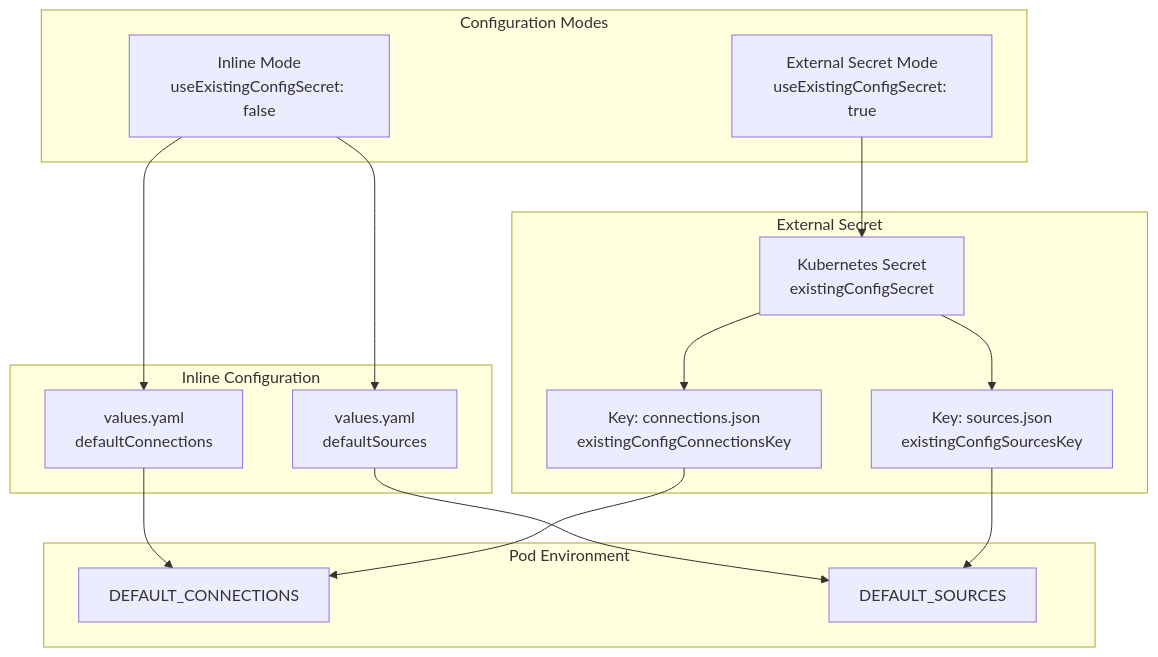
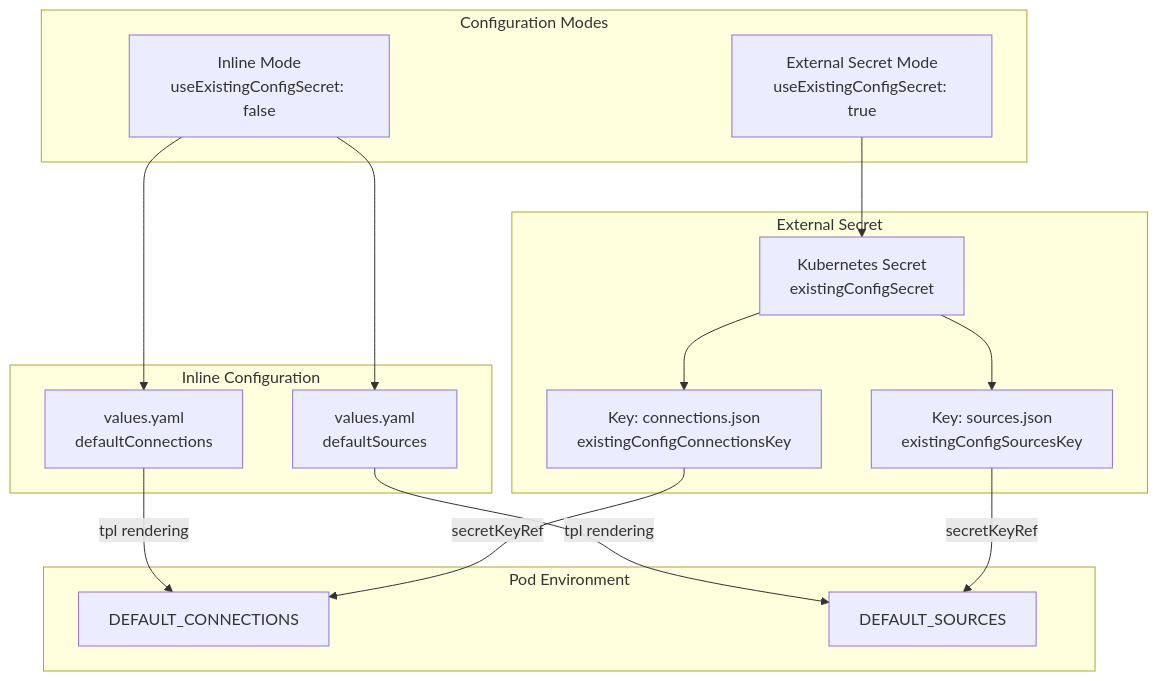
Before and after one commit to openchoreo/openchoreo: the fourth of 6 diagrams in docs/hyperdxio-helm-charts-docs/HyperDX-Application-Configuration.md, drawn with Mermaid. The commit also changed other lines of this file and 85 other files, not shown here.

Commit message:
feat: Add new workflow and specification templates, update Helm chart dependencies, and clarify documentation diagrams.

````diff
--- a/docs/hyperdxio-helm-charts-docs/HyperDX-Application-Configuration.md
+++ b/docs/hyperdxio-helm-charts-docs/HyperDX-Application-Configuration.md
@@ -281,44 +281,44 @@
 ```mermaid
 flowchart TD
 
 InlineMode["Inline Mode<br>useExistingConfigSecret: false"]
 ExternalMode["External Secret Mode<br>useExistingConfigSecret: true"]
 ValuesConnections["values.yaml<br>defaultConnections"]
 ValuesSources["values.yaml<br>defaultSources"]
 ExtSecret["Kubernetes Secret<br>existingConfigSecret"]
 ConnectionsKey["Key: connections.json<br>existingConfigConnectionsKey"]
 SourcesKey["Key: sources.json<br>existingConfigSourcesKey"]
 EnvConnections["DEFAULT_CONNECTIONS"]
 EnvSources["DEFAULT_SOURCES"]
 
 InlineMode --> ValuesConnections
 InlineMode --> ValuesSources
-ValuesConnections --> EnvConnections
-ValuesSources --> EnvSources
+ValuesConnections -->|"tpl rendering"| EnvConnections
+ValuesSources -->|"tpl rendering"| EnvSources
 ExternalMode --> ExtSecret
-ConnectionsKey --> EnvConnections
-SourcesKey --> EnvSources
+ConnectionsKey -->|"secretKeyRef"| EnvConnections
+SourcesKey -->|"secretKeyRef"| EnvSources
 
 subgraph subGraph3 ["Pod Environment"]
     EnvConnections
     EnvSources
 end
 
 subgraph subGraph2 ["External Secret"]
     ExtSecret
     ConnectionsKey
     SourcesKey
     ExtSecret --> ConnectionsKey
     ExtSecret --> SourcesKey
 end
 
 subgraph subGraph1 ["Inline Configuration"]
     ValuesConnections
     ValuesSources
 end
 
 subgraph subGraph0 ["Configuration Modes"]
     InlineMode
     ExternalMode
 end
 ```
````
